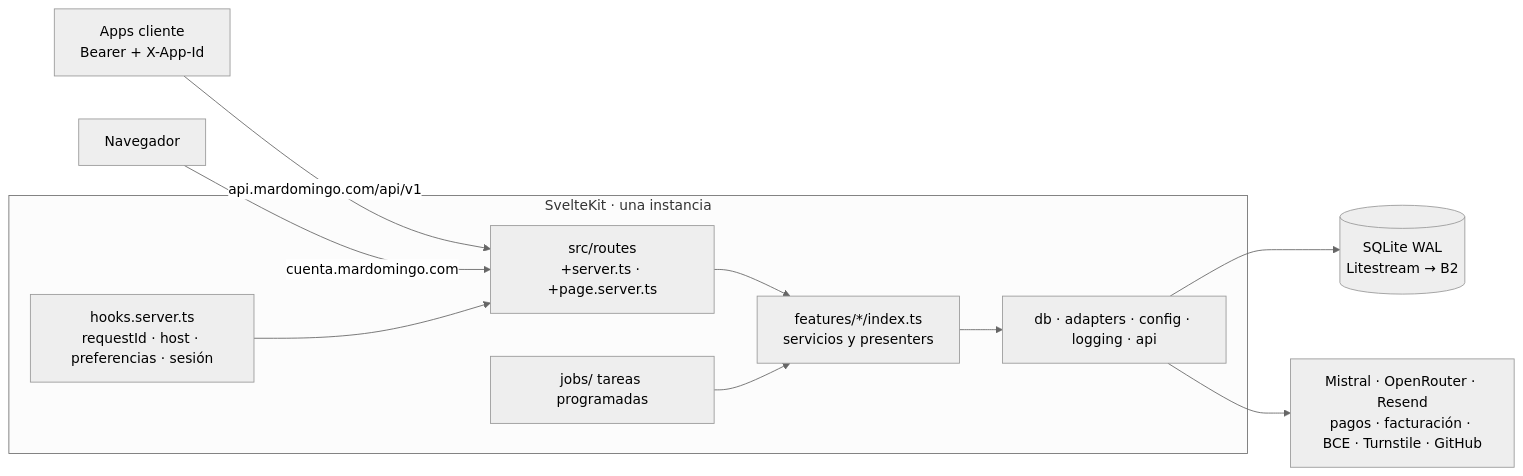
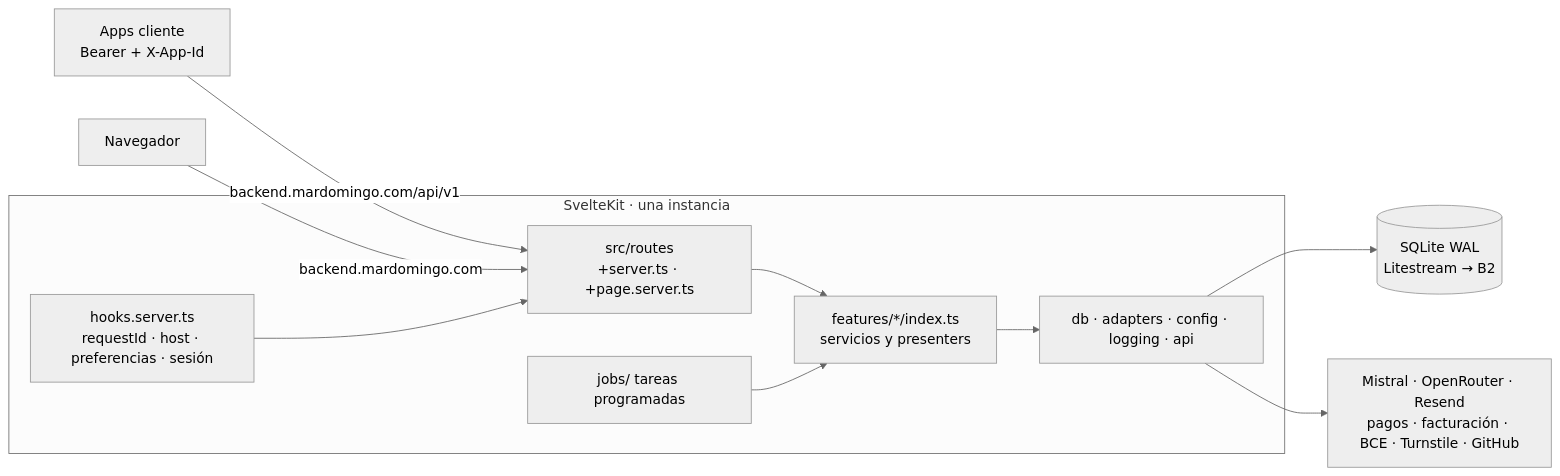
One commit to danimardo/mardomingo-backoffice changed the first of 2 diagrams in ARCHITECTURE.md. Above: the diagram before and after it, drawn with Mermaid (neutral theme). The commit also changed other lines of this file and 10 other files, not shown here.

First line of the commit message:
feat(despliegue): un solo dominio backend.mardomingo.com y docker-compose para Coolify

````diff
--- a/ARCHITECTURE.md
+++ b/ARCHITECTURE.md
@@ -14,13 +14,13 @@
 ```mermaid
 flowchart LR
-  Apps[Apps cliente<br/>Bearer + X-App-Id] -->|api.mardomingo.com/api/v1| Routes
-  Web[Navegador] -->|cuenta.mardomingo.com| Routes
+  Apps[Apps cliente<br/>Bearer + X-App-Id] -->|backend.mardomingo.com/api/v1| Routes
+  Web[Navegador] -->|backend.mardomingo.com| Routes
   subgraph SvelteKit [SvelteKit · una instancia]
     Hooks[hooks.server.ts<br/>requestId · host · preferencias · sesión] --> Routes[src/routes<br/>+server.ts · +page.server.ts]
     Routes --> Features[features/*/index.ts<br/>servicios y presenters]
     Features --> Infra[db · adapters · config · logging · api]
     Jobs[jobs/ tareas programadas] --> Features
   end
   Infra --> SQLite[(SQLite WAL<br/>Litestream → B2)]
   Infra --> Ext[Mistral · OpenRouter · Resend<br/>pagos · facturación · BCE · Turnstile · GitHub]
 ```
````
